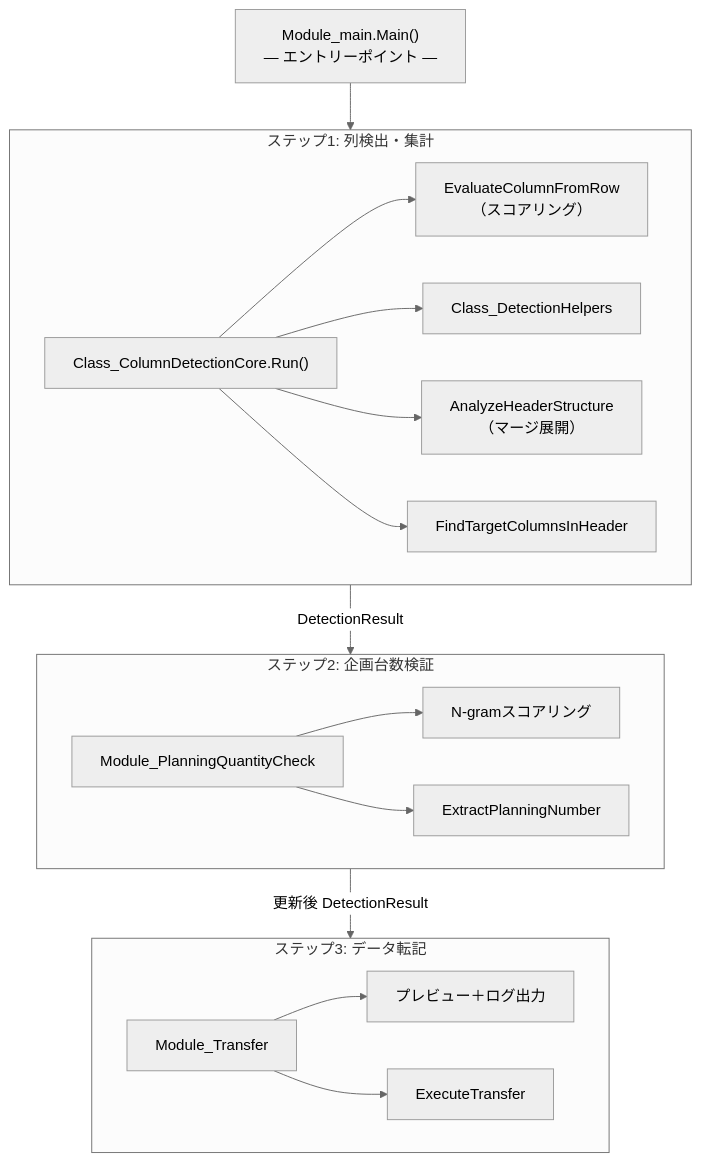
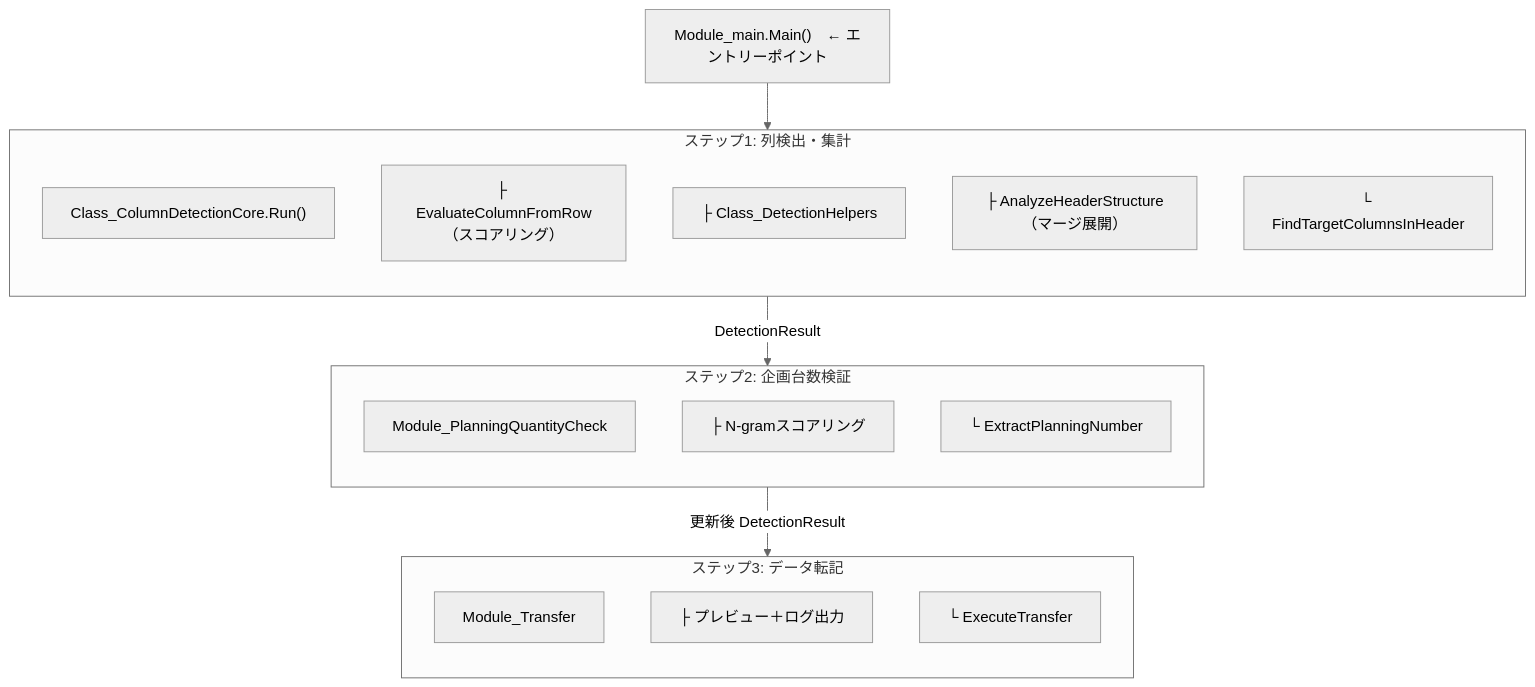
One commit to aki0178/business-system-design-portfolio changed the diagram in 01_normalizer.md. Above: the diagram before and after it, drawn with Mermaid (neutral theme). The commit also changed other lines of this file, not shown here.

````diff
--- a/01_normalizer.md
+++ b/01_normalizer.md
@@ -50,36 +48,31 @@
 ```mermaid
 flowchart TD
-    Main["Module_main.Main()<br/>― エントリーポイント ―"]
+    Main["Module_main.Main()　← エントリーポイント"]
 
     subgraph Step1["ステップ1: 列検出・集計"]
+        direction TB
         Core["Class_ColumnDetectionCore.Run()"]
-        Eval["EvaluateColumnFromRow<br/>（スコアリング）"]
-        Helpers["Class_DetectionHelpers"]
-        Header["AnalyzeHeaderStructure<br/>（マージ展開）"]
-        Find["FindTargetColumnsInHeader"]
-        Core --> Eval
-        Core --> Helpers
-        Core --> Header
-        Core --> Find
+        Eval["├ EvaluateColumnFromRow（スコアリング）"]
+        Helpers["├ Class_DetectionHelpers"]
+        Header["├ AnalyzeHeaderStructure（マージ展開）"]
+        Find["└ FindTargetColumnsInHeader"]
     end
 
     subgraph Step2["ステップ2: 企画台数検証"]
+        direction TB
         PQC["Module_PlanningQuantityCheck"]
-        NGram["N-gramスコアリング"]
-        Extract["ExtractPlanningNumber"]
-        PQC --> NGram
-        PQC --> Extract
+        NGram["├ N-gramスコアリング"]
+        Extract["└ ExtractPlanningNumber"]
     end
 
     subgraph Step3["ステップ3: データ転記"]
+        direction TB
         Transfer["Module_Transfer"]
-        Preview["プレビュー＋ログ出力"]
-        Exec["ExecuteTransfer"]
-        Transfer --> Preview
-        Transfer --> Exec
+        Preview["├ プレビュー＋ログ出力"]
+        Exec["└ ExecuteTransfer"]
     end
 
     Main --> Step1
     Step1 -- "DetectionResult" --> Step2
     Step2 -- "更新後 DetectionResult" --> Step3
 ```
````
